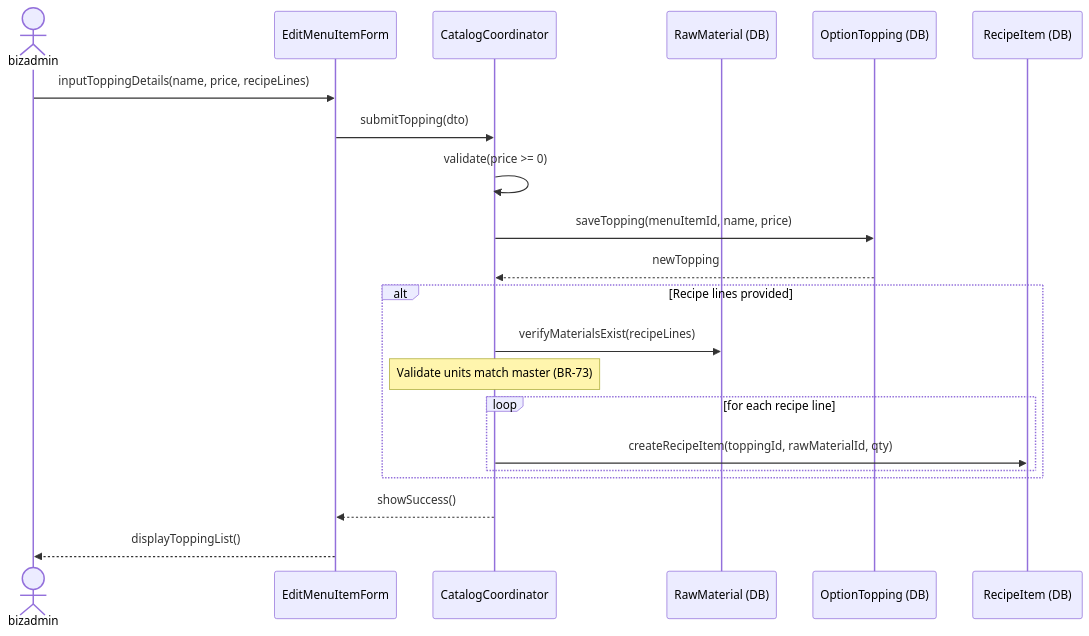
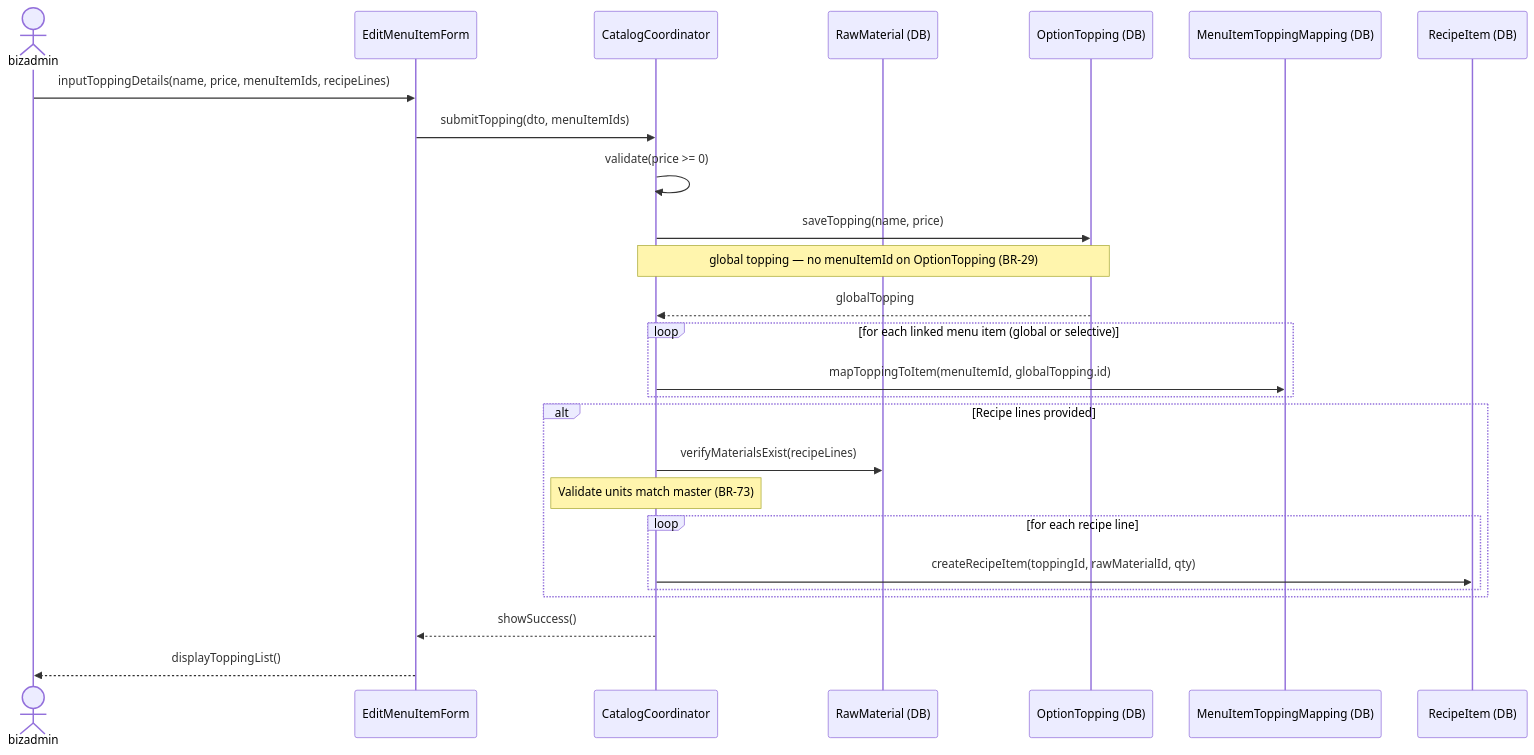
One commit to Shaichi/khoga_cafe changed the fourth of 7 diagrams in docs/rds_sections/06_detailed_3_3_menu_category.md. Above: the diagram before and after it, drawn with Mermaid. The commit also changed other lines of this file and 22 other files, not shown here.

````diff
--- a/docs/rds_sections/06_detailed_3_3_menu_category.md
+++ b/docs/rds_sections/06_detailed_3_3_menu_category.md
@@ -164,26 +209,32 @@
 ```mermaid
 sequenceDiagram
     actor bizadmin
     participant EditForm as EditMenuItemForm
     participant CatalogCoord as CatalogCoordinator
     participant RawMatDB as RawMaterial (DB)
     participant ToppingDB as OptionTopping (DB)
+    participant MapDB as MenuItemToppingMapping (DB)
     participant RecipeDB as RecipeItem (DB)
 
-    bizadmin->>EditForm: inputToppingDetails(name, price, recipeLines)
-    EditForm->>CatalogCoord: submitTopping(dto)
+    bizadmin->>EditForm: inputToppingDetails(name, price, menuItemIds, recipeLines)
+    EditForm->>CatalogCoord: submitTopping(dto, menuItemIds)
     CatalogCoord->>CatalogCoord: validate(price >= 0)
-    CatalogCoord->>ToppingDB: saveTopping(menuItemId, name, price)
-    ToppingDB-->>CatalogCoord: newTopping
+    CatalogCoord->>ToppingDB: saveTopping(name, price)
+    Note over CatalogCoord,ToppingDB: global topping — no menuItemId on OptionTopping (BR-29)
+    ToppingDB-->>CatalogCoord: globalTopping
+
+    loop for each linked menu item (global or selective)
+        CatalogCoord->>MapDB: mapToppingToItem(menuItemId, globalTopping.id)
+    end
 
     alt Recipe lines provided
         CatalogCoord->>RawMatDB: verifyMaterialsExist(recipeLines)
         Note over CatalogCoord: Validate units match master (BR-73)
         loop for each recipe line
             CatalogCoord->>RecipeDB: createRecipeItem(toppingId, rawMaterialId, qty)
         end
     end
 
     CatalogCoord-->>EditForm: showSuccess()
     EditForm-->>bizadmin: displayToppingList()
 ```
````
